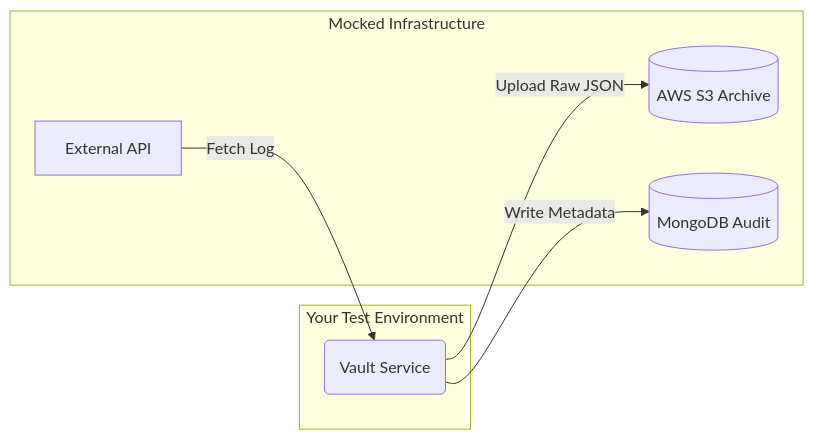
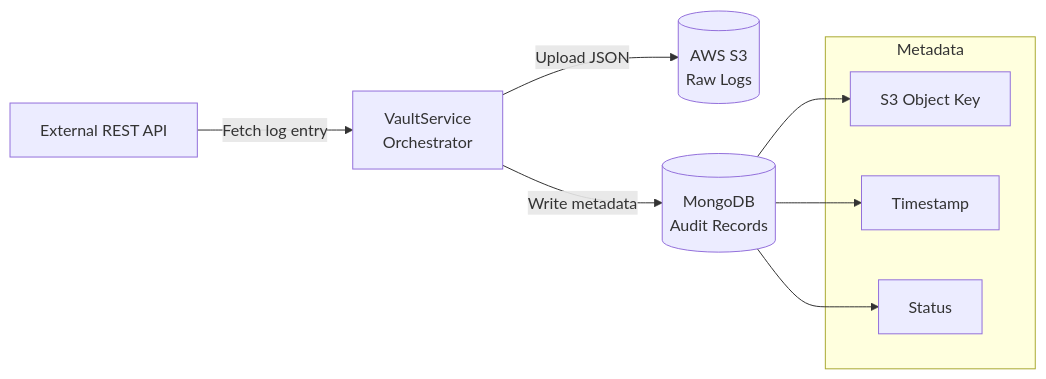
The diagram in README.md (erezn5/automation-lead-ha), drawn with Mermaid before and after one commit. The commit also changed other lines of this file, not shown here.

````diff
--- a/README.md
+++ b/README.md
@@ -56,16 +58,21 @@
 ```mermaid
-graph LR
-    A[External API] -->|Fetch Log| B(Vault Service)
-    B -->|Upload Raw JSON| C[(AWS S3 Archive)]
-    B -->|Write Metadata| D[(MongoDB Audit)]
-    
-    subgraph "Your Test Environment"
-    B
+flowchart LR
+    API[External REST API]
+    VS[VaultService<br/>Orchestrator]
+    S3[(AWS S3<br/>Raw Logs)]
+    DB[(MongoDB<br/>Audit Records)]
+
+    API -->|Fetch log entry| VS
+    VS -->|Upload JSON| S3
+    VS -->|Write metadata| DB
+
+    subgraph Metadata
+        KEY[S3 Object Key]
+        TS[Timestamp]
+        STATUS[Status]
     end
 
-    subgraph "Mocked Infrastructure"
-    A
-    C
-    D
-    end
+    DB --> KEY
+    DB --> TS
+    DB --> STATUS
 ```
````
